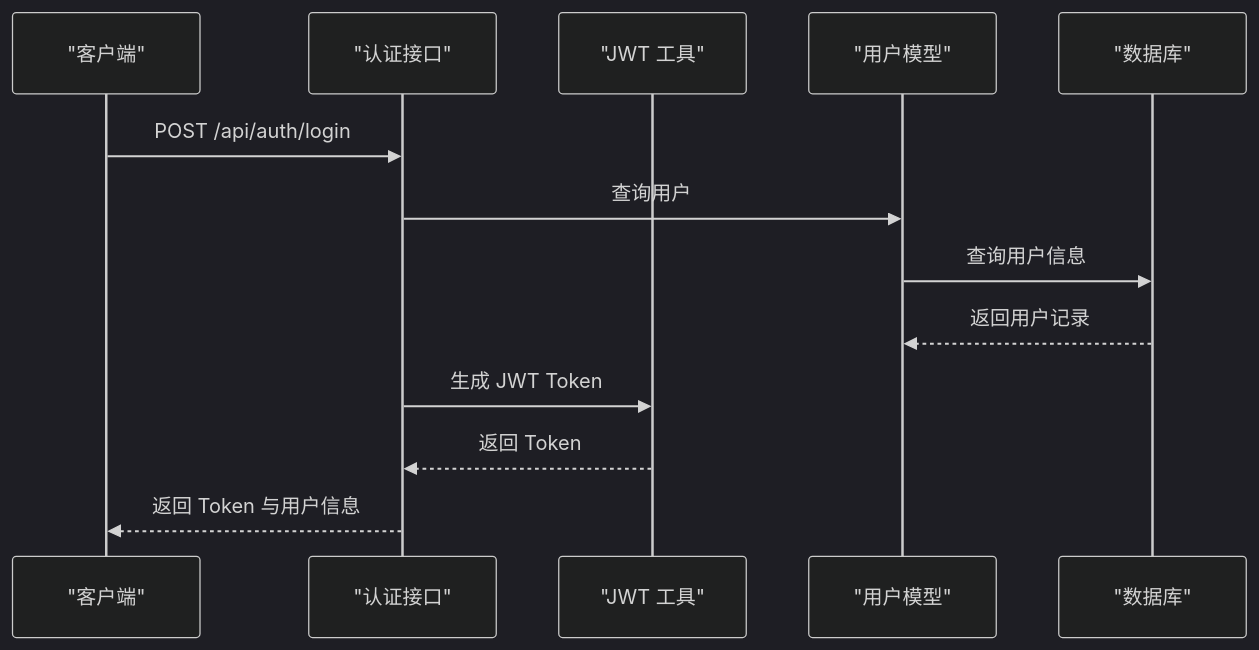
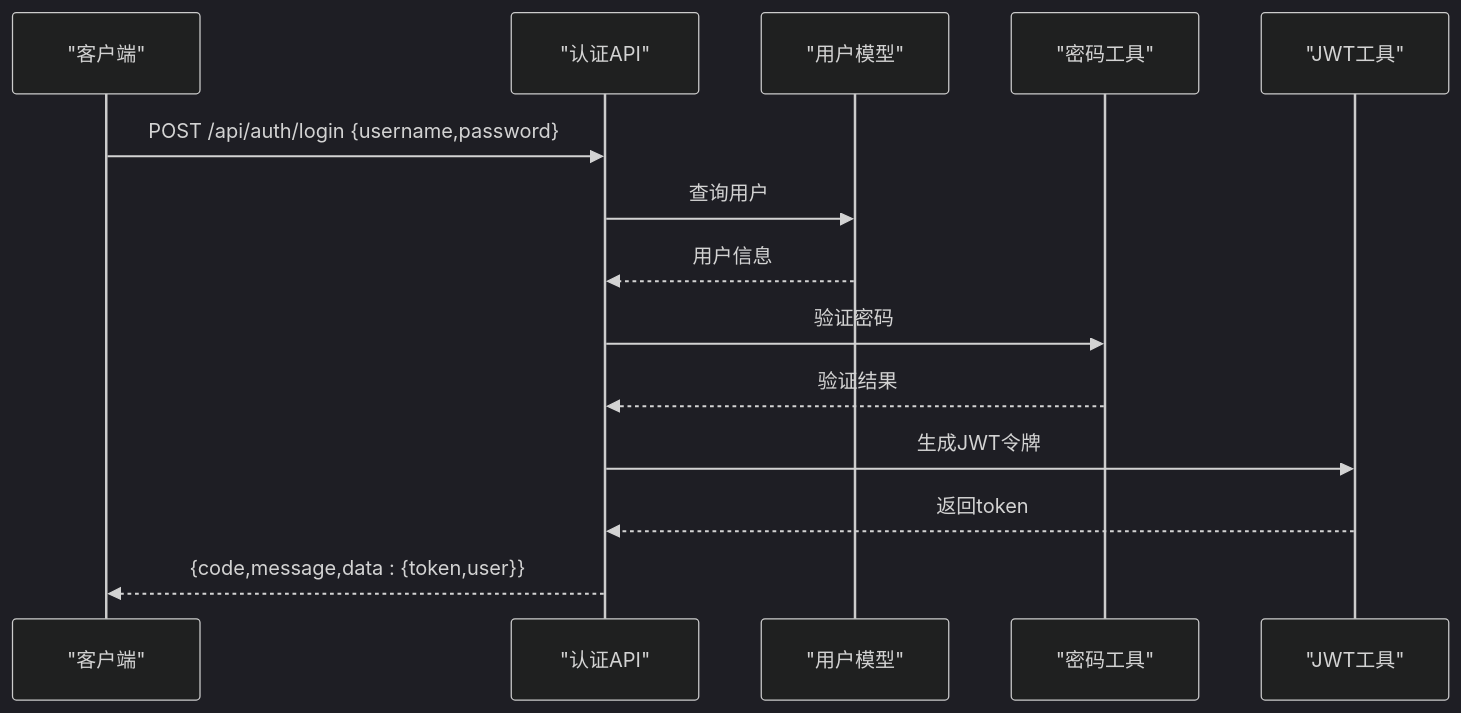
One commit to ismine3/OPS changed the third of 7 diagrams in .qoder/repowiki/zh/content/项目概述/技术栈概览.md. Above: the diagram before and after it, drawn with Mermaid (dark theme). The commit also changed other lines of this file and 157 other files, not shown here.

````diff
--- a/.qoder/repowiki/zh/content/项目概述/技术栈概览.md
+++ b/.qoder/repowiki/zh/content/项目概述/技术栈概览.md
@@ -184,15 +129,16 @@
 ```mermaid
 sequenceDiagram
-participant Client as "客户端"
-participant AuthAPI as "认证接口"
-participant JWTUtil as "JWT 工具"
-participant UserModel as "用户模型"
-participant DB as "数据库"
-Client->>AuthAPI : POST /api/auth/login
-AuthAPI->>UserModel : 查询用户
-UserModel->>DB : 查询用户信息
-DB-->>UserModel : 返回用户记录
-AuthAPI->>JWTUtil : 生成 JWT Token
-JWTUtil-->>AuthAPI : 返回 Token
-AuthAPI-->>Client : 返回 Token 与用户信息
+participant C as "客户端"
+participant A as "认证API"
+participant U as "用户模型"
+participant P as "密码工具"
+participant T as "JWT工具"
+C->>A : POST /api/auth/login {username,password}
+A->>U : 查询用户
+U-->>A : 用户信息
+A->>P : 验证密码
+P-->>A : 验证结果
+A->>T : 生成JWT令牌
+T-->>A : 返回token
+A-->>C : {code,message,data : {token,user}}
 ```
````
